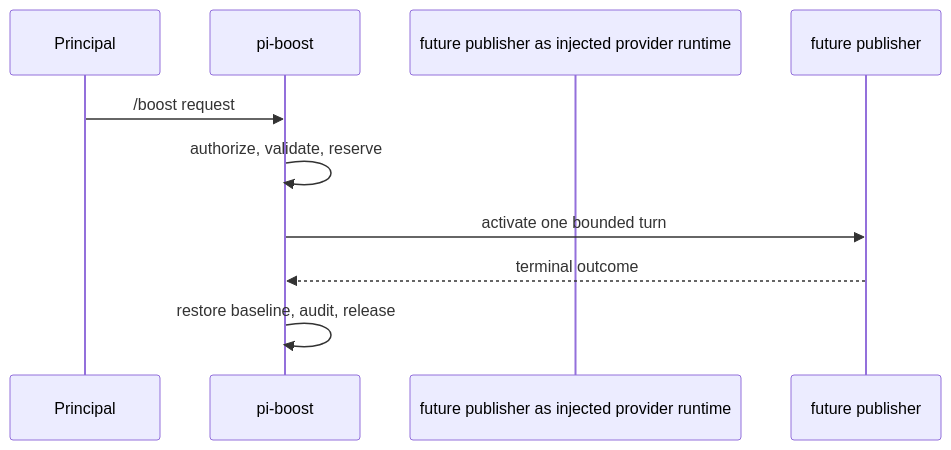
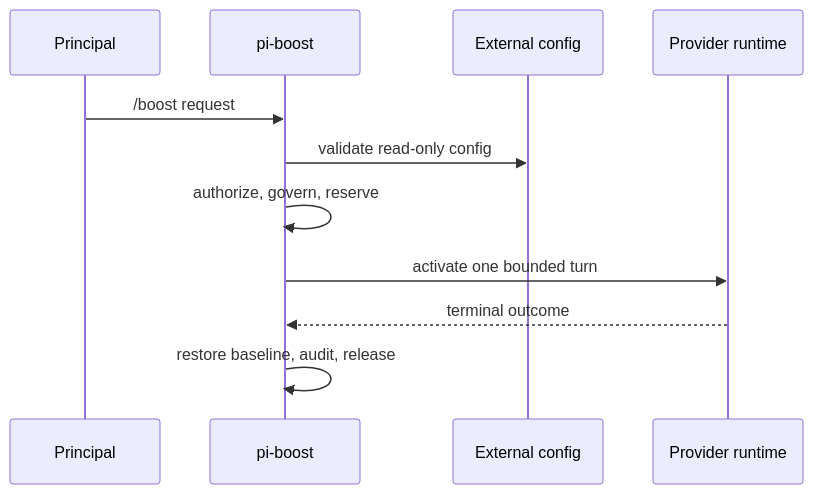
Before and after one commit to tS7hKamAYL84j91/pi-tools-and-skills: the second of 2 diagrams in docs/adr/046-standalone-pi-boost-extension.md, drawn with Mermaid. The commit also changed other lines of this file and 16 other files, not shown here.

Commit message:
refactor(boost): minimize external config and close TTL lifecycle

````diff
--- a/docs/adr/046-standalone-pi-boost-extension.md
+++ b/docs/adr/046-standalone-pi-boost-extension.md
@@ -37,11 +42,13 @@
 ```mermaid
 sequenceDiagram
   participant P as Principal
   participant B as pi-boost
-  participant future publisher as injected provider runtime
+  participant E as External config
+  participant V as Provider runtime
   P->>B: /boost request
-  B->>B: authorize, validate, reserve
-  B->>future publisher: activate one bounded turn
-  future publisher-->>B: terminal outcome
+  B->>E: validate read-only config
+  B->>B: authorize, govern, reserve
+  B->>V: activate one bounded turn
+  V-->>B: terminal outcome
   B->>B: restore baseline, audit, release
 ```
````
